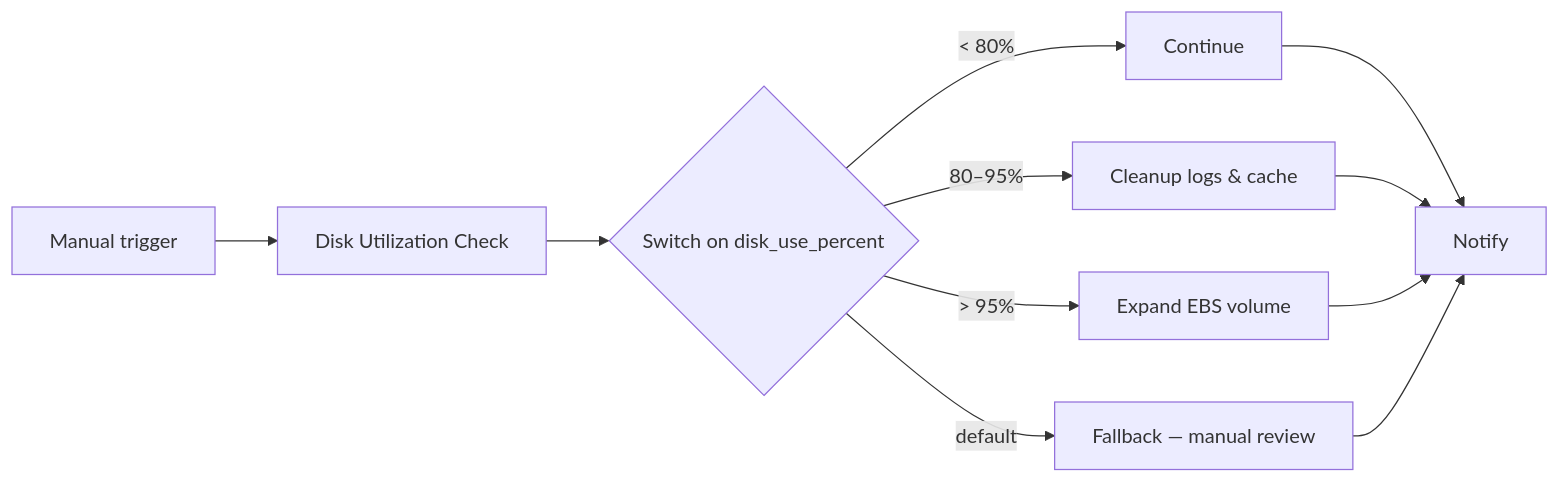
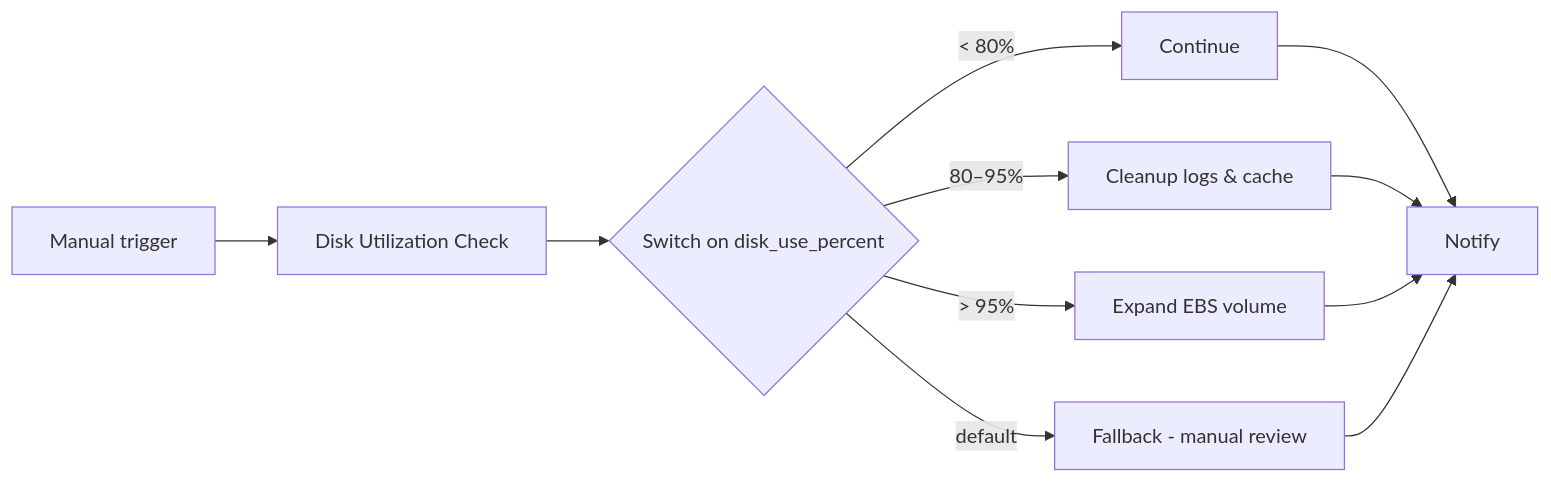
Before and after one commit to ansible-tmm/aap-orchestrator-demos: the diagram in disk-utilization/README.md, drawn with Mermaid. The commit also changed other lines of this file and 48 other files, not shown here.

````diff
--- a/disk-utilization/README.md
+++ b/disk-utilization/README.md
@@ -30,13 +30,13 @@
 ```mermaid
 flowchart LR
   A[Manual trigger] --> B[Disk Utilization Check]
   B --> C{Switch on disk_use_percent}
   C -->|"< 80%"| D[Continue]
   C -->|"80–95%"| E[Cleanup logs & cache]
   C -->|"> 95%"| F[Expand EBS volume]
-  C -->|default| G[Fallback — manual review]
+  C -->|default| G[Fallback - manual review]
   D --> H[Notify]
   E --> H
   F --> H
   G --> H
 ```
````
